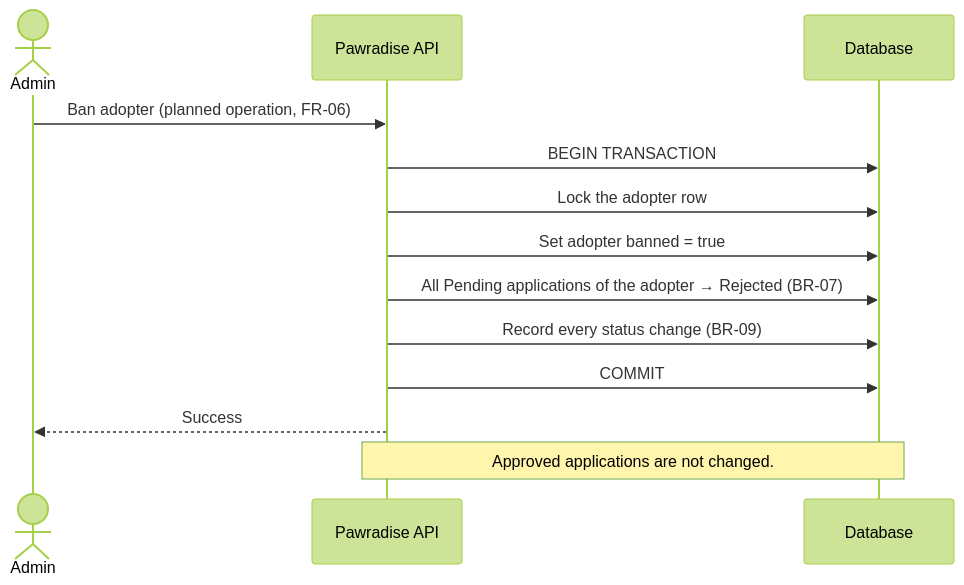
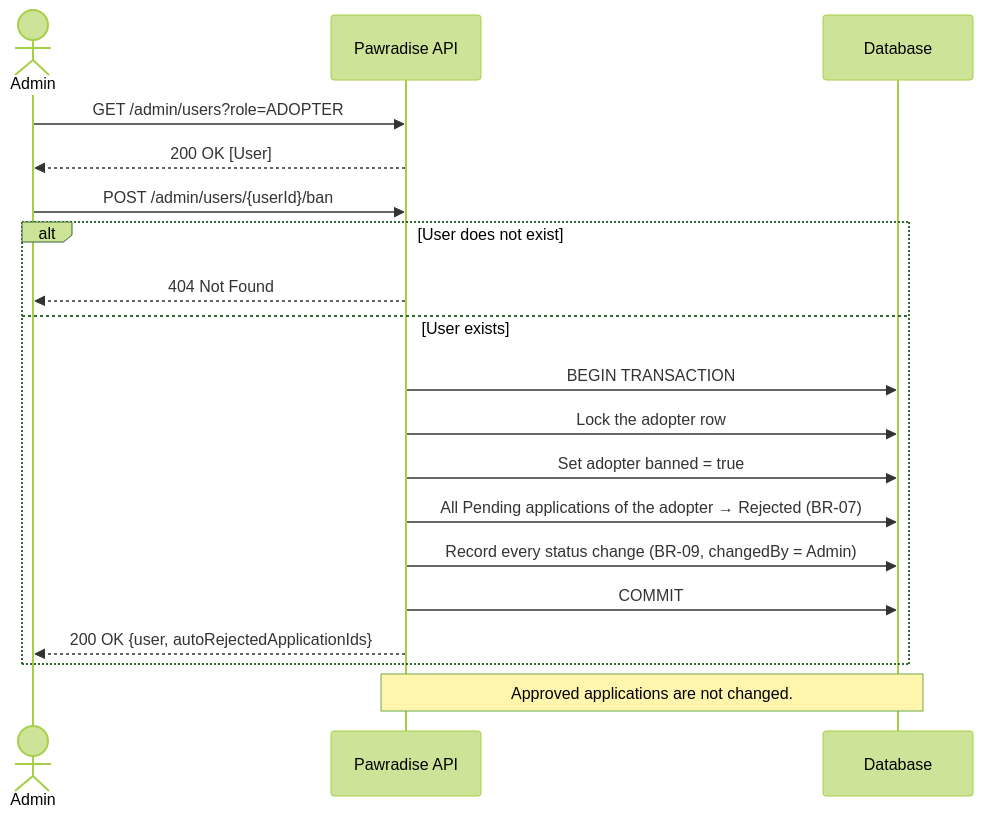
The seventh of 9 diagrams in docs/03-api-flows.md (seng321-termproject-pawradise/pawradise), drawn with Mermaid (forest theme) before and after one commit. The commit also changed other lines of this file, not shown here.

Commit message:
docs: update ban flow (F8) with the admin endpoints

````diff
--- a/docs/03-api-flows.md
+++ b/docs/03-api-flows.md
@@ -262,16 +262,23 @@
 ```mermaid
 sequenceDiagram
     actor AD as Admin
     participant API as Pawradise API
     participant DB as Database
 
-    AD->>API: Ban adopter (planned operation, FR-06)
-    API->>DB: BEGIN TRANSACTION
-    API->>DB: Lock the adopter row
-    API->>DB: Set adopter banned = true
-    API->>DB: All Pending applications of the adopter → Rejected (BR-07)
-    API->>DB: Record every status change (BR-09)
-    API->>DB: COMMIT
-    API-->>AD: Success
+    AD->>API: GET /admin/users?role=ADOPTER
+    API-->>AD: 200 OK [User]
+
+    AD->>API: POST /admin/users/{userId}/ban
+    alt User does not exist
+        API-->>AD: 404 Not Found
+    else User exists
+        API->>DB: BEGIN TRANSACTION
+        API->>DB: Lock the adopter row
+        API->>DB: Set adopter banned = true
+        API->>DB: All Pending applications of the adopter → Rejected (BR-07)
+        API->>DB: Record every status change (BR-09, changedBy = Admin)
+        API->>DB: COMMIT
+        API-->>AD: 200 OK {user, autoRejectedApplicationIds}
+    end
     Note over API,DB: Approved applications are not changed.
 ```
````
